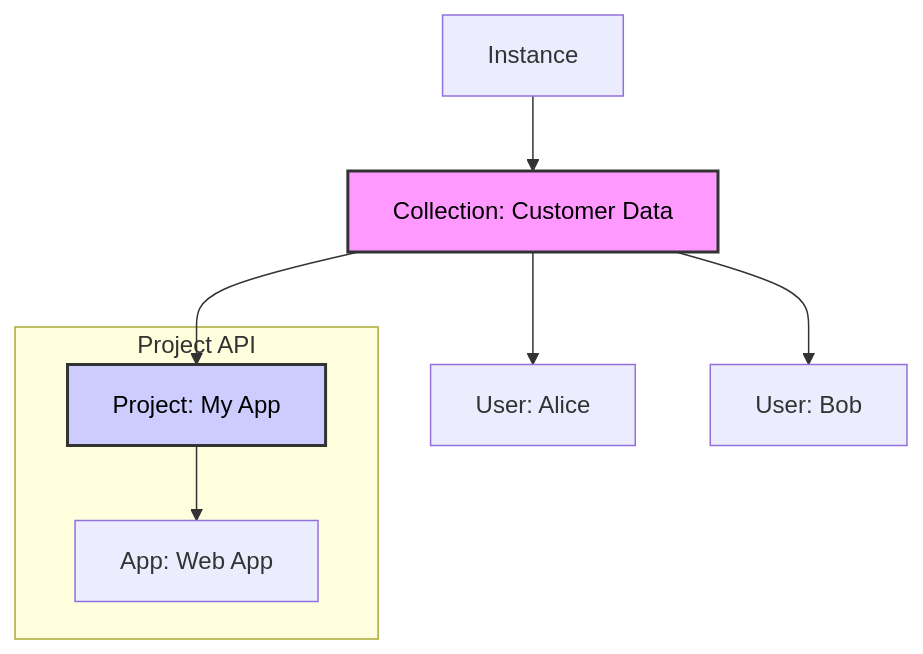
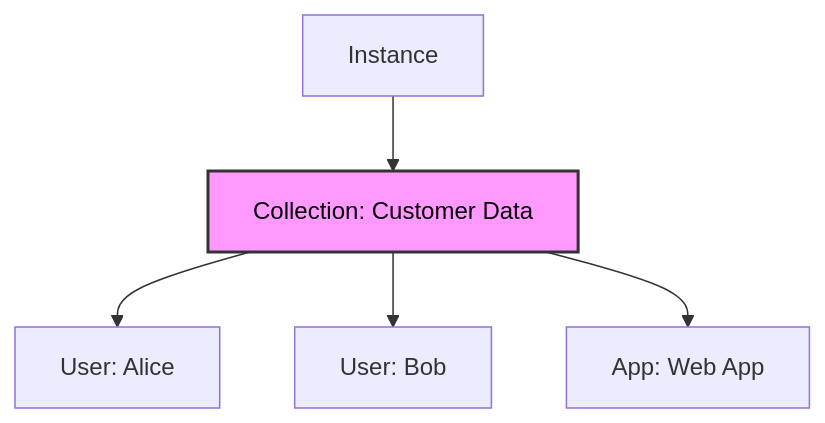
The third of 4 diagrams in aether_radical.md (zitadel/zitadel), drawn with Mermaid before and after one commit. The commit also changed other lines of this file, not shown here.

Commit message:
remove project concept

````diff
--- a/aether_radical.md
+++ b/aether_radical.md
@@ -165,21 +170,15 @@
 ```mermaid
 graph TD
     Instance[Instance]
     Collection["Collection: Customer Data"]
     User1["User: Alice"]
     User2["User: Bob"]
-
-    subgraph "Project API"
-        Project["Project: My App"]
-        App["App: Web App"]
-    end
+    App["App: Web App"]
 
     Instance --> Collection
     Collection --> User1
     Collection --> User2
-    Collection --> Project
-    Project --> App
+    Collection --> App
 
     style Collection fill:#f9f,stroke:#333,stroke-width:2px,color:#000
-    style Project fill:#ccf,stroke:#333,stroke-width:2px,color:#000
 ```
````
